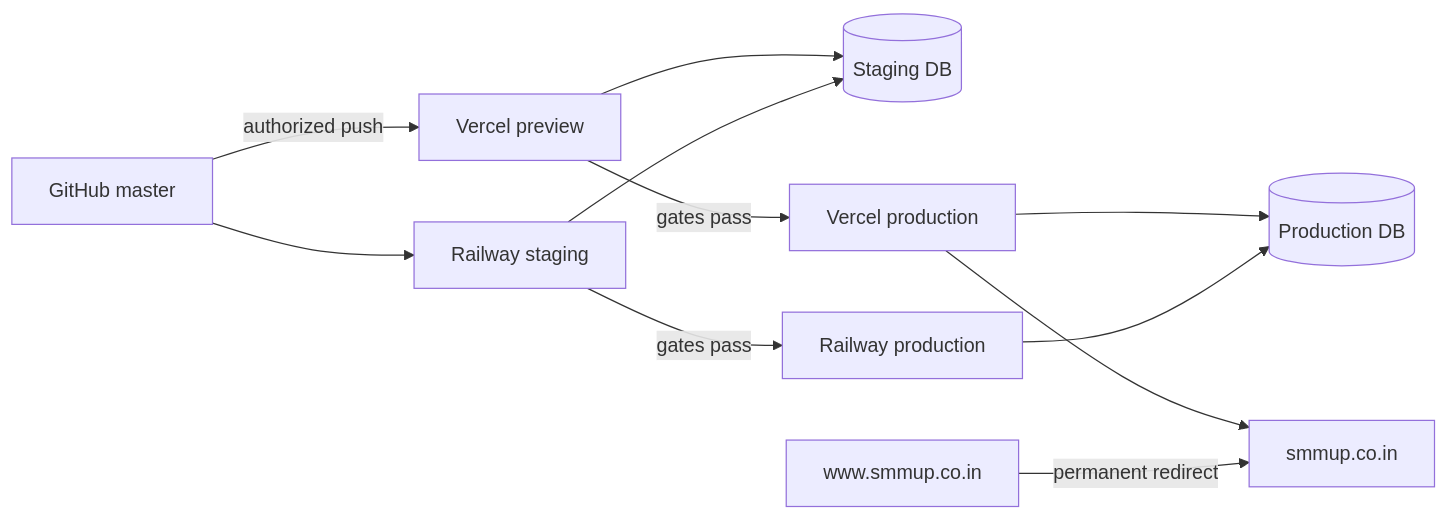
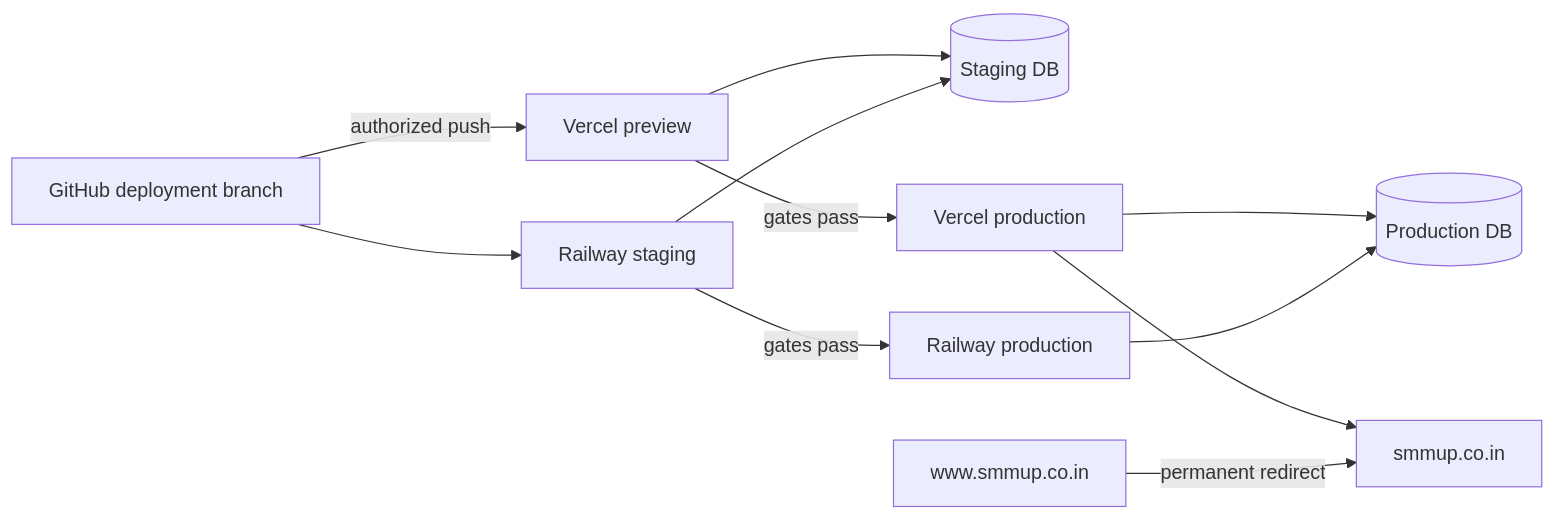
The seventh of 7 diagrams in architecture/full-architecture.md (ExamCodesOfficial/SMM-UP), drawn with Mermaid before and after one commit. The commit also changed other lines of this file and 26 other files, not shown here.

````diff
--- a/architecture/full-architecture.md
+++ b/architecture/full-architecture.md
@@ -1955,13 +1955,13 @@
 ```mermaid
 flowchart LR
-  GH[GitHub master] -->|authorized push| VP[Vercel preview]
+  GH[GitHub deployment branch] -->|authorized push| VP[Vercel preview]
   GH --> RS[Railway staging]
   VP --> SDB[(Staging DB)]
   RS --> SDB
   VP -->|gates pass| PROD[Vercel production]
   RS -->|gates pass| RPROD[Railway production]
   PROD --> PDB[(Production DB)]
   RPROD --> PDB
   PROD --> APEX[smmup.co.in]
   WWW[www.smmup.co.in] -->|permanent redirect| APEX
 ```
````
